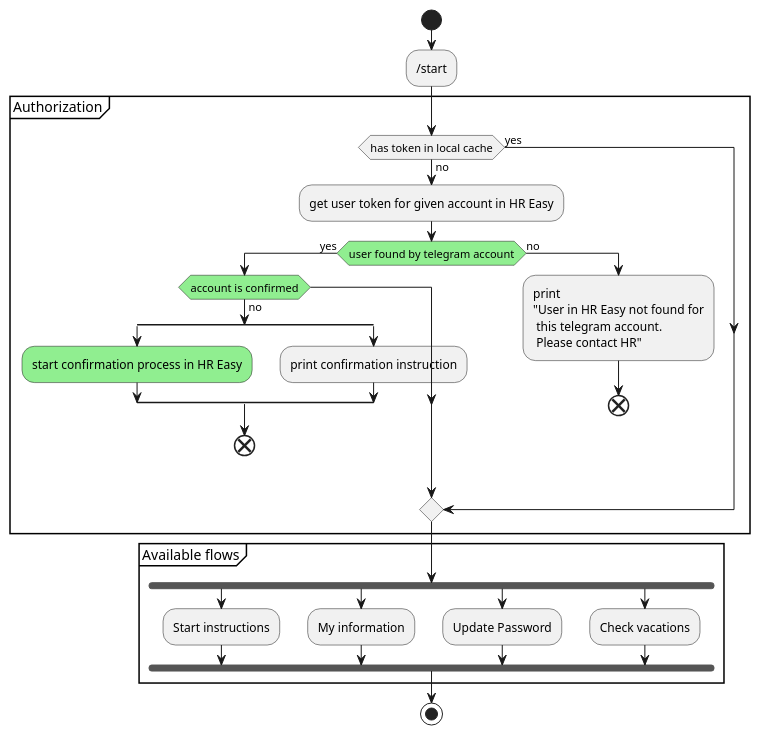
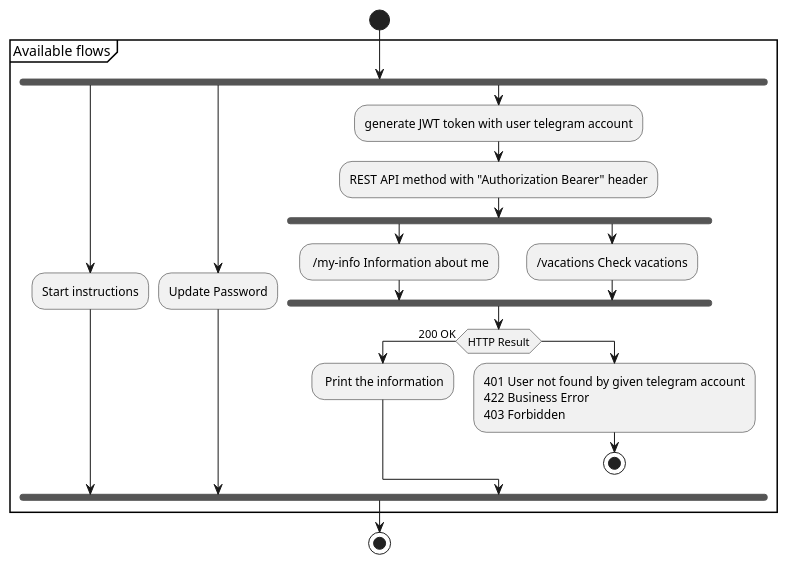
Before and after one commit to abondin/hreasy: the diagram in telegram/bot_flow.puml, drawn with PlantUML. The commit also changed 13 other files, not shown here.

```diff
--- a/telegram/bot_flow.puml
+++ b/telegram/bot_flow.puml
@@ -1,45 +1,33 @@
 @startuml
 'https://plantuml.com/ru/activity-diagram-beta
 start
 
-:/start;
-
-partition  "Authorization" {
-    if (has token in local cache) then (yes)
-    else (no)
-        :get user token for given account in HR Easy;
-        #lightgreen:if (user found by telegram account) then (yes)
-        #lightgreen:if (account is confirmed) then (no)
-            split
-            #lightgreen:start confirmation process in HR Easy;
-            split again
-            :print confirmation instruction;
-            end split
-            end
-        endif
-        else (no)
-          :print
-          "User in HR Easy not found for
-           this telegram account.
-           Please contact HR";
-           end
-        endif
-    endif
-}
 
 partition "Available flows" {
     fork
         :Start instructions;
     fork again
-        :My information;
-    fork again
         :Update Password;
     fork again
-        :Check vacations;
+        :generate JWT token with user telegram account;
+        :REST API method with "Authorization Bearer" header;
+        fork
+           : /my-info Information about me;
+        fork again
+           :/vacations Check vacations;
+        end fork
+        if (HTTP Result) then (200 OK)
+            : Print the information;
+        else
+            :401 User not found by given telegram account
+            422 Business Error
+            403 Forbidden;
+            stop
+        end if
     end fork
 }
 
 
 
 stop
 @enduml
```
